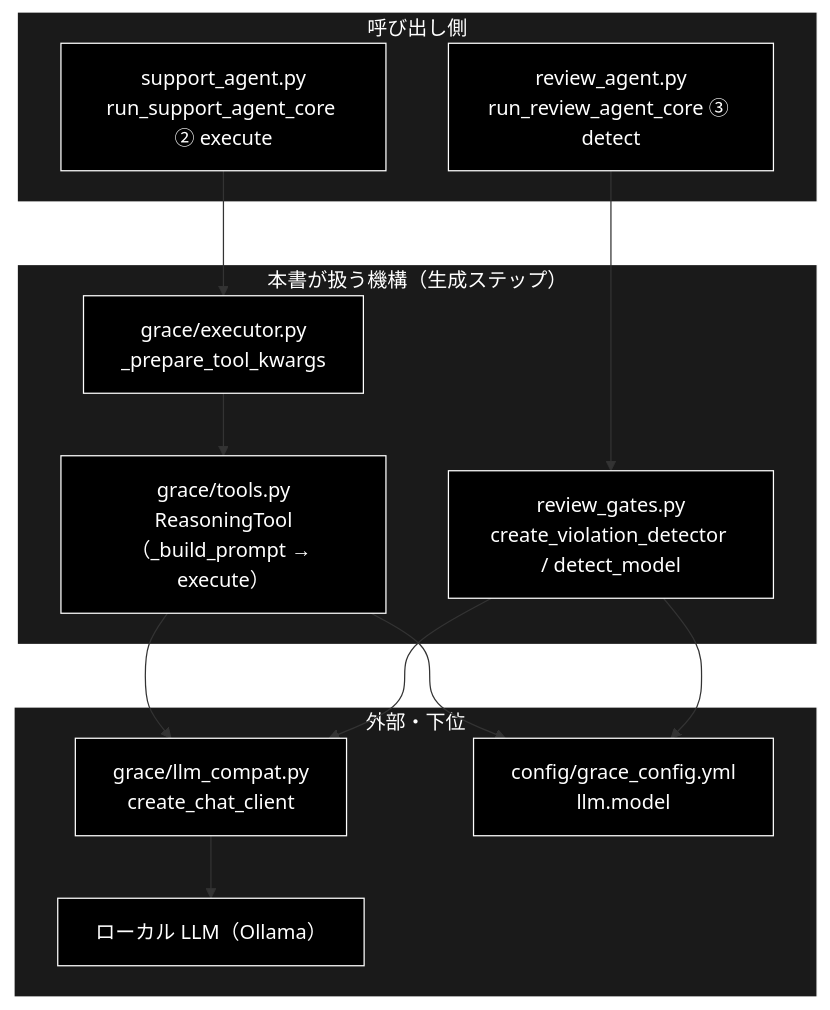
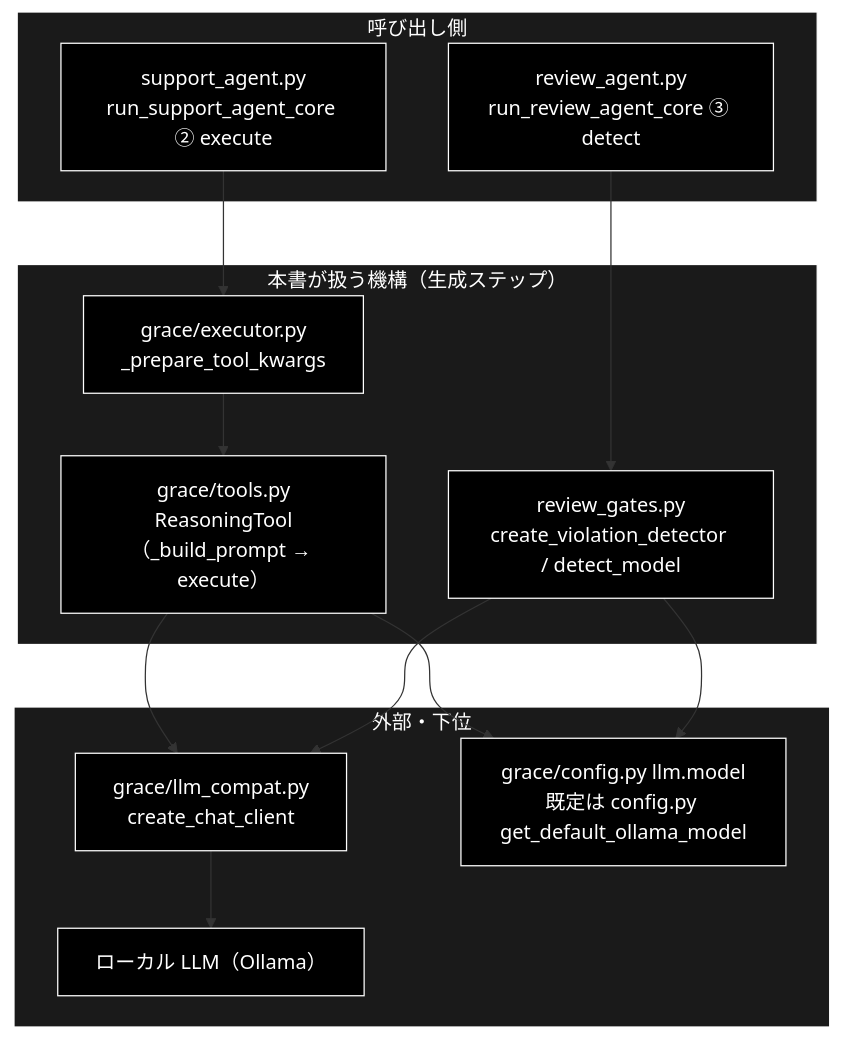
One commit to nakashima2toshio/grace_v2_local changed the first of 2 diagrams in docs/reasoning_flow.md. Above: the diagram before and after it, drawn with Mermaid. The commit also changed other lines of this file and 8 other files, not shown here.

````diff
--- a/docs/reasoning_flow.md
+++ b/docs/reasoning_flow.md
@@ -67,31 +67,31 @@
 ```mermaid
 flowchart TB
     subgraph CALLER["呼び出し側"]
         SUP["support_agent.py<br>run_support_agent_core ② execute"]
         REV["review_agent.py<br>run_review_agent_core ③ detect"]
     end
     subgraph MECH["本書が扱う機構（生成ステップ）"]
         EXEC["grace/executor.py<br>_prepare_tool_kwargs"]
         RT["grace/tools.py<br>ReasoningTool（_build_prompt → execute）"]
         DET["review_gates.py<br>create_violation_detector / detect_model"]
     end
     subgraph EXTERNAL["外部・下位"]
         COMPAT["grace/llm_compat.py<br>create_chat_client"]
         LLM["ローカル LLM（Ollama）"]
-        CFG["config/grace_config.yml<br>llm.model"]
+        CFG["grace/config.py llm.model<br>既定は config.py get_default_ollama_model"]
     end
     SUP --> EXEC
     EXEC --> RT
     REV --> DET
     RT --> COMPAT
     DET --> COMPAT
     COMPAT --> LLM
     RT --> CFG
     DET --> CFG
 classDef default fill:#000,stroke:#fff,color:#fff
 classDef subgraphStyle fill:#1a1a1a,stroke:#fff,color:#fff
 class SUP,REV,EXEC,RT,DET,COMPAT,LLM,CFG default
 style CALLER fill:#1a1a1a,stroke:#fff,color:#fff
 style MECH fill:#1a1a1a,stroke:#fff,color:#fff
 style EXTERNAL fill:#1a1a1a,stroke:#fff,color:#fff
 ```
````
